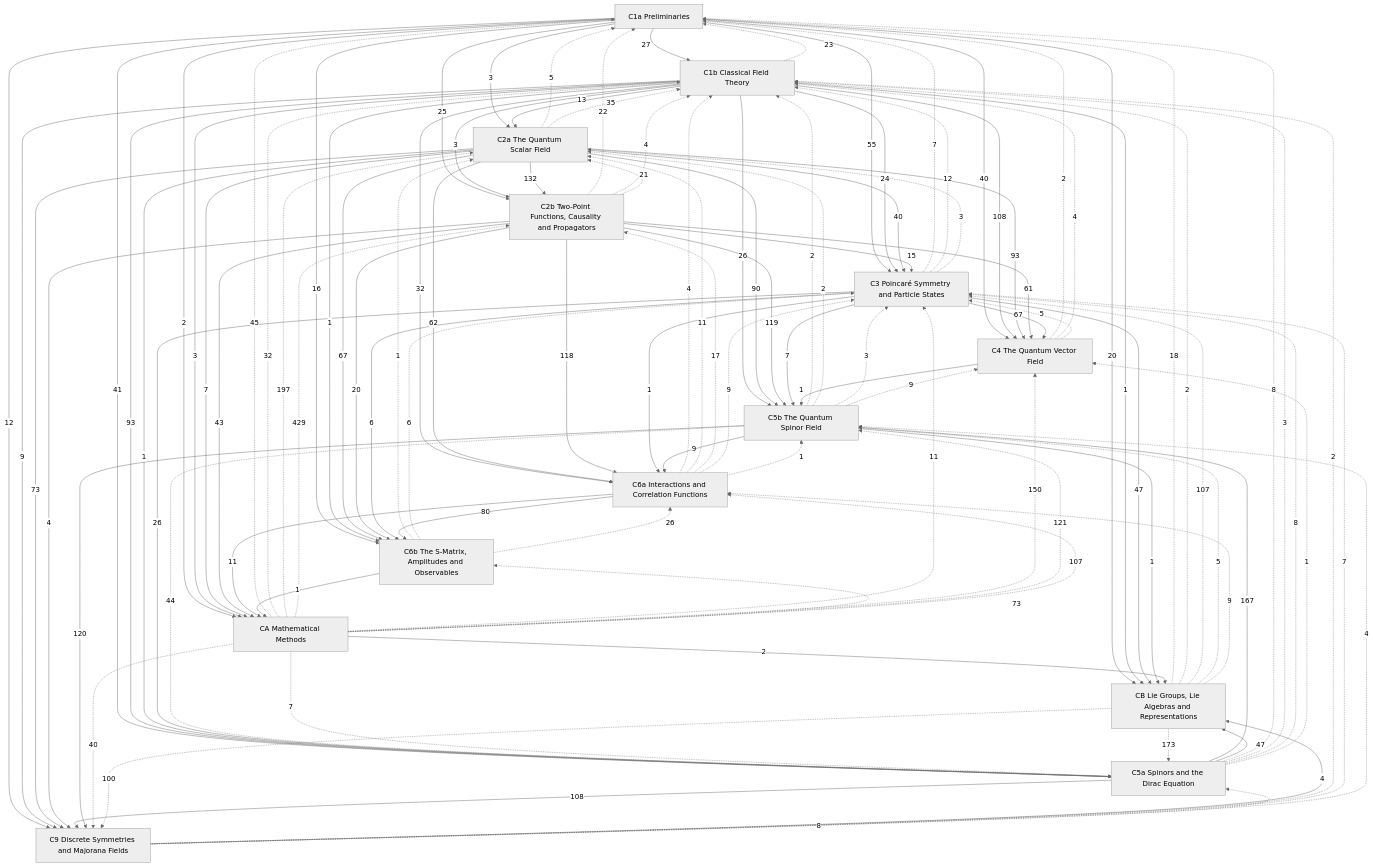
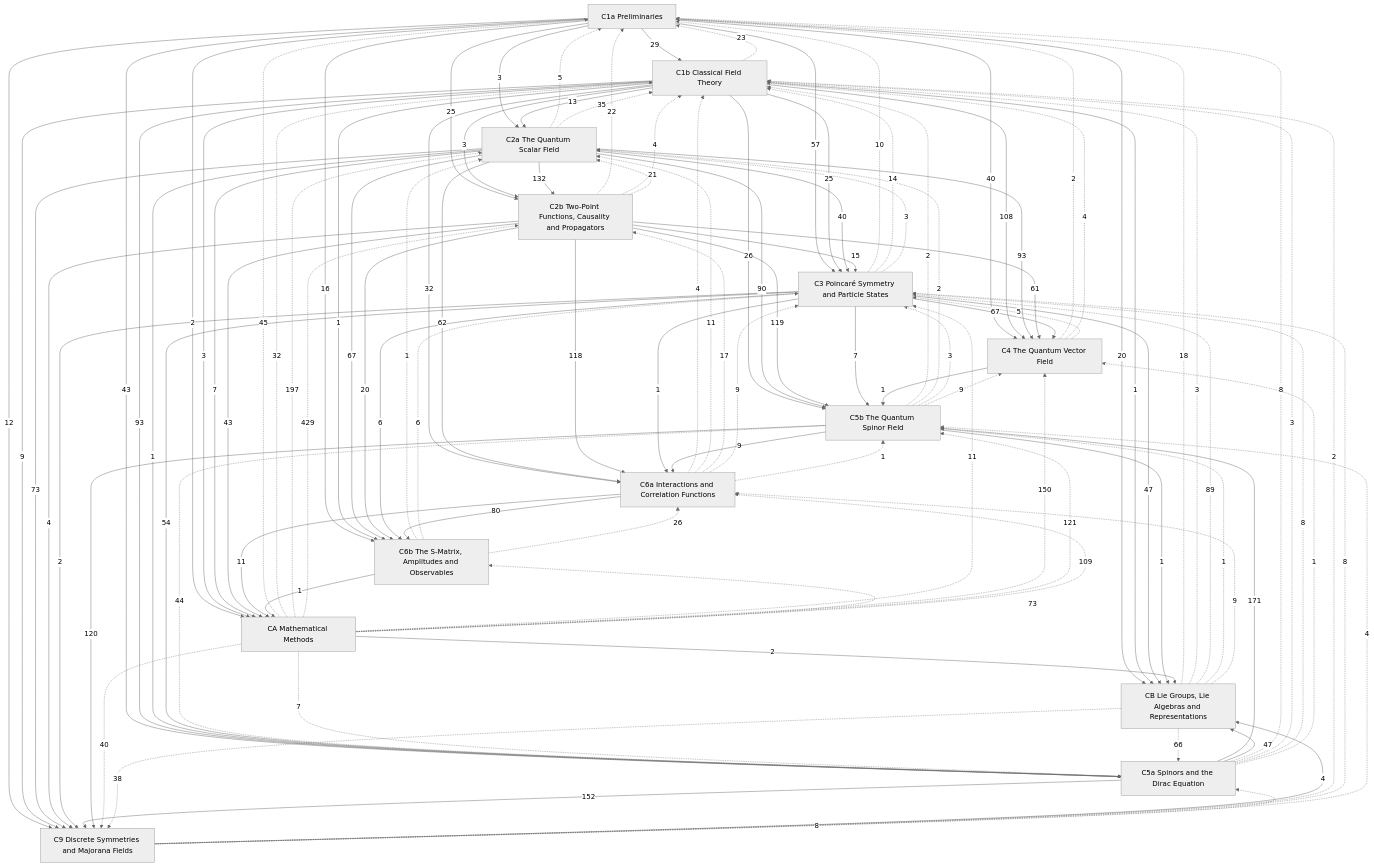
The diagram in Physics/Quantum Field Theory/Quantum Field Theory.md (Onion20040508/notes), drawn with Mermaid (neutral theme) before and after one commit. The commit also changed other lines of this file and 39 other files, not shown here.

````diff
--- a/Physics/Quantum Field Theory/Quantum Field Theory.md
+++ b/Physics/Quantum Field Theory/Quantum Field Theory.md
@@ -44,14 +44,14 @@
   C9["C9 Discrete Symmetries and Majorana Fields"]
   CA["CA Mathematical Methods"]
   CB["CB Lie Groups, Lie Algebras and Representations"]
-  C1a -->|27| C1b
+  C1a -->|29| C1b
   C1a -->|3| C2a
   C1b -->|13| C2a
   C1a -->|25| C2b
   C1b -->|3| C2b
   C2a -->|132| C2b
-  C1a -->|55| C3
-  C1b -->|24| C3
+  C1a -->|57| C3
+  C1b -->|25| C3
   C2a -->|40| C3
   C2b -->|15| C3
   C1a -->|40| C4
@@ -59,16 +59,16 @@
   C2a -->|93| C4
   C2b -->|61| C4
   C3 -->|67| C4
-  C1a -->|41| C5a
+  C1a -->|43| C5a
   C1b -->|93| C5a
   C2a -->|1| C5a
-  C3 -->|26| C5a
+  C3 -->|54| C5a
   C1b -->|26| C5b
   C2a -->|90| C5b
   C2b -->|119| C5b
   C3 -->|7| C5b
   C4 -->|1| C5b
-  C5a -->|167| C5b
+  C5a -->|171| C5b
   C1b -->|32| C6a
   C2a -->|62| C6a
   C2b -->|118| C6a
@@ -84,7 +84,8 @@
   C1b -->|9| C9
   C2a -->|73| C9
   C2b -->|4| C9
-  C5a -->|108| C9
+  C3 -->|2| C9
+  C5a -->|152| C9
   C5b -->|120| C9
   C1a -->|2| CA
   C1b -->|3| CA
@@ -102,21 +103,21 @@
   C1b -.->|23| C1a
   C2a -.->|5| C1a
   C2b -.->|22| C1a
-  C3 -.->|7| C1a
+  C3 -.->|10| C1a
   C4 -.->|2| C1a
   C5a -.->|8| C1a
   CA -.->|45| C1a
   CB -.->|18| C1a
   C2a -.->|35| C1b
   C2b -.->|4| C1b
-  C3 -.->|12| C1b
+  C3 -.->|14| C1b
   C4 -.->|4| C1b
   C5a -.->|3| C1b
   C5b -.->|2| C1b
   C6a -.->|4| C1b
   C9 -.->|2| C1b
   CA -.->|32| C1b
-  CB -.->|2| C1b
+  CB -.->|3| C1b
   C2b -.->|21| C2a
   C3 -.->|3| C2a
   C5b -.->|2| C2a
@@ -130,24 +131,24 @@
   C5b -.->|3| C3
   C6a -.->|9| C3
   C6b -.->|6| C3
-  C9 -.->|7| C3
+  C9 -.->|8| C3
   CA -.->|11| C3
-  CB -.->|107| C3
+  CB -.->|89| C3
   C5a -.->|1| C4
   C5b -.->|9| C4
   CA -.->|150| C4
   C5b -.->|44| C5a
   C9 -.->|8| C5a
   CA -.->|7| C5a
-  CB -.->|173| C5a
+  CB -.->|66| C5a
   C6a -.->|1| C5b
   C9 -.->|4| C5b
   CA -.->|121| C5b
-  CB -.->|5| C5b
+  CB -.->|1| C5b
   C6b -.->|26| C6a
-  CA -.->|107| C6a
+  CA -.->|109| C6a
   CB -.->|9| C6a
   CA -.->|73| C6b
   CA -.->|40| C9
-  CB -.->|100| C9
+  CB -.->|38| C9
 ```
````
